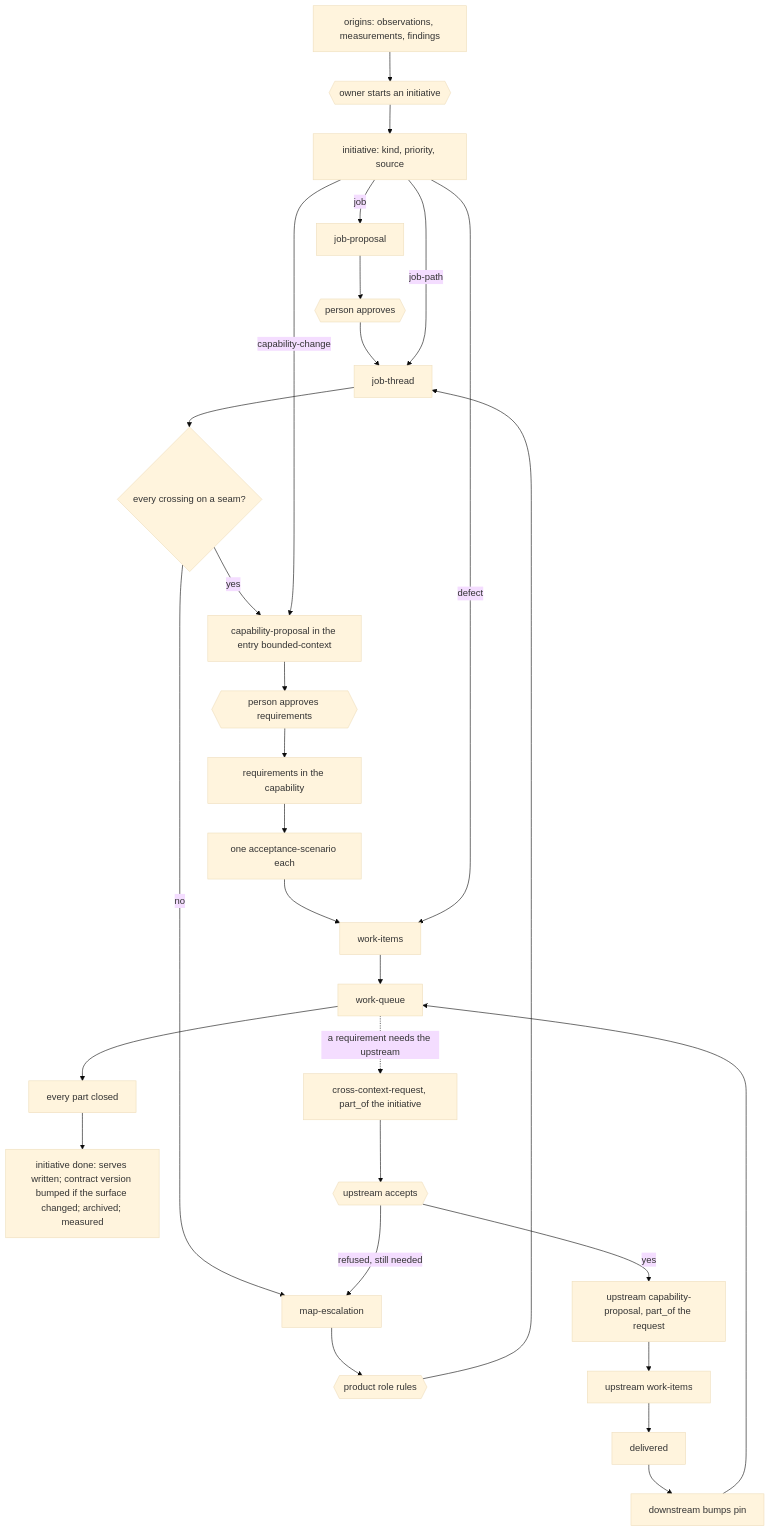
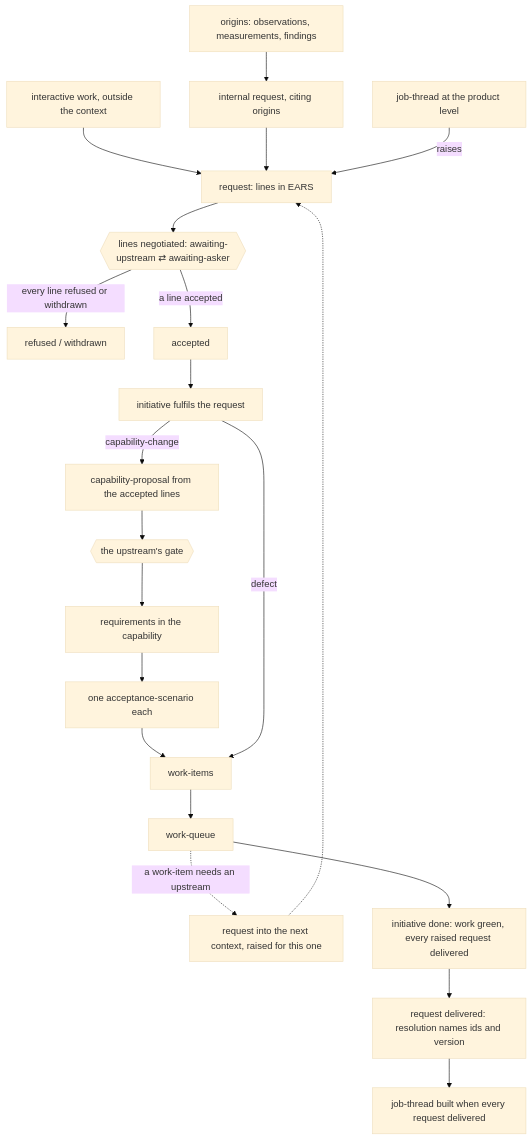
The first of 2 diagrams in docs/design-model/design-model.md (dstengle/shopsystem-bdd), drawn with Mermaid (base theme) before and after one commit. The commit also changed other lines of this file and 4 other files, not shown here.

First line of the commit message:
docs: design model v4 (requests and the context loop, section 1), the person's direction 2026-10-24

````diff
--- a/docs/design-model/design-model.md
+++ b/docs/design-model/design-model.md
@@ -182,17 +287,15 @@
 ```mermaid
 flowchart TB
-  origins[origins: observations, measurements, findings] --> triage{{owner starts an initiative}}
-  triage --> init[initiative: kind, priority, source]
-  init -->|job| jp[job-proposal] --> gate1{{person approves}} --> jt[job-thread]
-  init -->|job-path| jt
-  jt --> mapq{every crossing on a seam?}
-  mapq -->|no| esc[map-escalation] --> ruling{{product role rules}} --> jt
-  mapq -->|yes| cp[capability-proposal in the entry bounded-context]
-  init -->|capability-change| cp
-  cp --> gate2{{person approves requirements}} --> spec[requirements in the capability] --> form[one acceptance-scenario each] --> wi[work-items] --> queue[work-queue]
+  iw[interactive work, outside the context] --> rq
+  origins[origins: observations, measurements, findings] --> irq[internal request, citing origins] --> rq
+  jt[job-thread at the product level] -->|raises| rq[request: lines in EARS]
+  rq --> neg{{lines negotiated: awaiting-upstream ⇄ awaiting-asker}}
+  neg -->|every line refused or withdrawn| refused[refused / withdrawn]
+  neg -->|a line accepted| acc[accepted] --> init[initiative fulfils the request]
+  init -->|capability-change| cp[capability-proposal from the accepted lines]
+  cp --> gate{{the upstream's gate}} --> spec[requirements in the capability] --> form[one acceptance-scenario each] --> wi[work-items] --> queue[work-queue]
   init -->|defect| wi
-  queue --> closed[every part closed] --> done[initiative done: serves written; contract version bumped if the surface changed; archived; measured]
-  queue -.->|a requirement needs the upstream| ccr[cross-context-request, part_of the initiative] --> upq{{upstream accepts}}
-  upq -->|yes| upcp[upstream capability-proposal, part_of the request] --> upwi[upstream work-items] --> delivered --> pin[downstream bumps pin] --> queue
-  upq -->|refused, still needed| esc
+  queue -.->|a work-item needs an upstream| rq2[request into the next context, raised for this one] -.-> rq
+  queue --> done[initiative done: work green, every raised request delivered]
+  done --> deliv[request delivered: resolution names ids and version] --> built[job-thread built when every request delivered]
 ```
````
